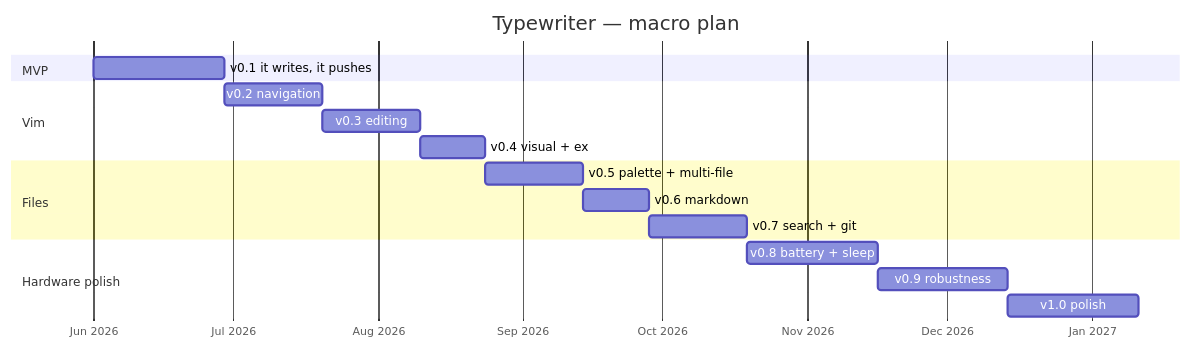
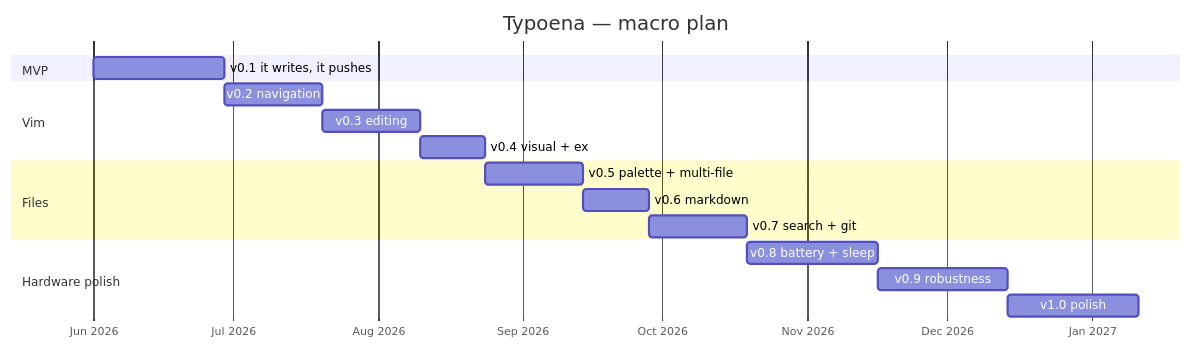
The diagram in README.md (jcalixte/typewriter), drawn with Mermaid before and after one commit. The commit also changed other lines of this file and 3 other files, not shown here.

````diff
--- a/README.md
+++ b/README.md
@@ -120,20 +120,20 @@
 ```mermaid
 gantt
-    title Typewriter — macro plan
+    title Typoena — macro plan
     dateFormat YYYY-MM-DD
     axisFormat %b %Y
     section MVP
     v0.1 it writes, it pushes :v01, 2026-06-01, 4w
     section Vim
     v0.2 navigation           :v02, after v01, 3w
     v0.3 editing              :v03, after v02, 3w
     v0.4 visual + ex          :v04, after v03, 2w
     section Files
     v0.5 palette + multi-file :v05, after v04, 3w
     v0.6 markdown             :v06, after v05, 2w
     v0.7 search + git         :v07, after v06, 3w
     section Hardware polish
     v0.8 battery + sleep      :v08, after v07, 4w
     v0.9 robustness           :v09, after v08, 4w
     v1.0 polish               :v10, after v09, 4w
 ```
````
